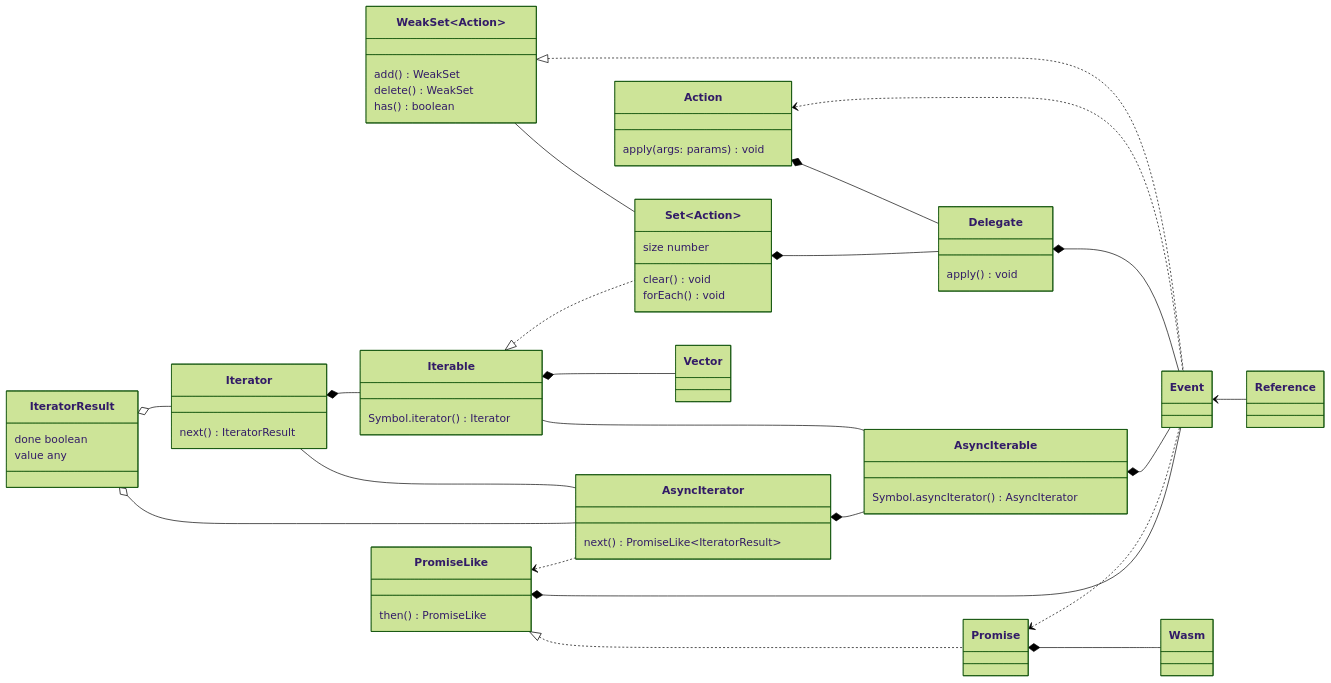
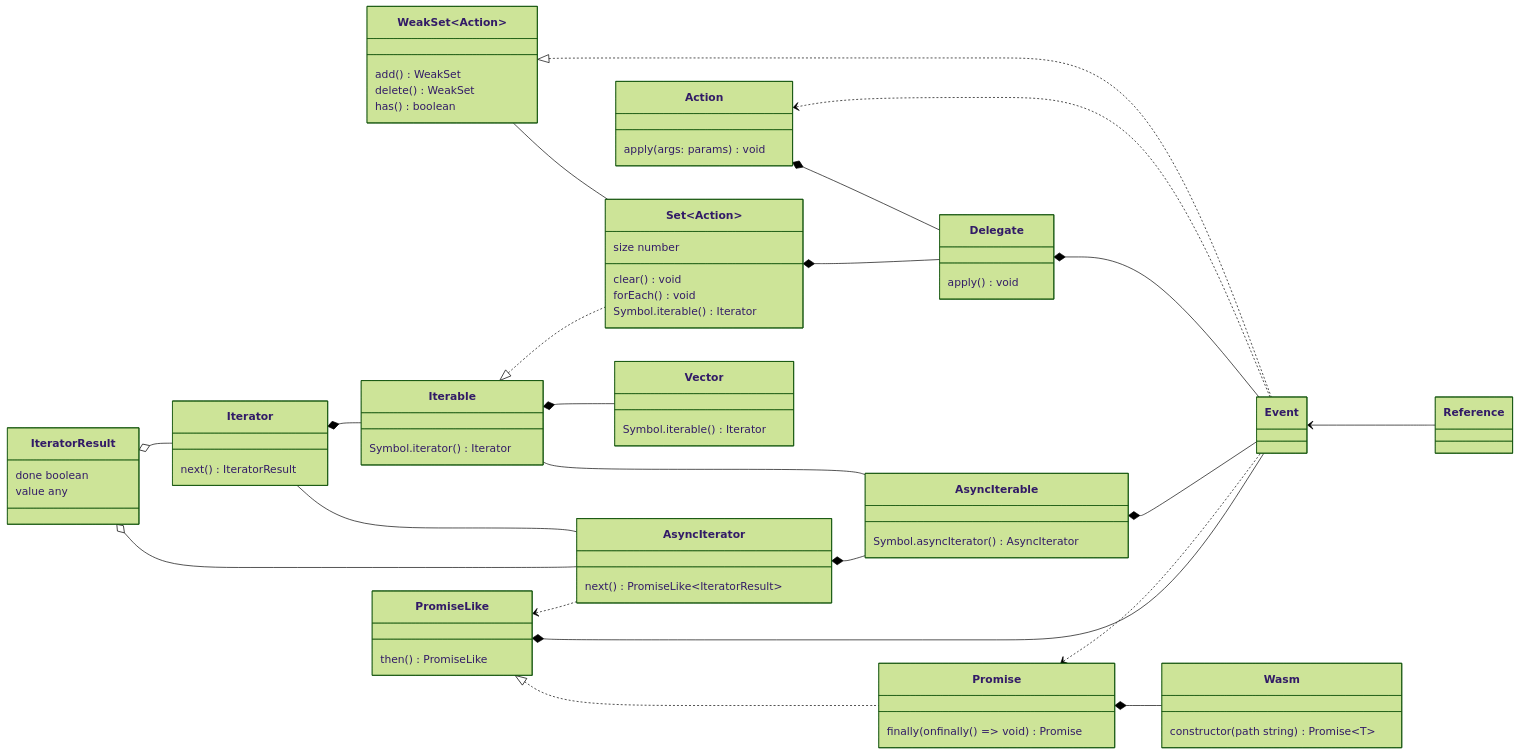
The sixth of 6 diagrams in README.md (domrally/peekeasy), drawn with Mermaid (forest theme) before and after one commit. The commit also changed other lines of this file, not shown here.

````diff
--- a/README.md
+++ b/README.md
@@ -245,65 +245,74 @@
 ```mermaid
 classDiagram
     direction LR
     PromiseLike <|.. Promise
     PromiseLike *-- Event
-	 Promise *-- Wasm
+    Promise *-- Wasm
     Promise <.. Event
     PromiseLike <.. AsyncIterator
     IteratorResult o-- AsyncIterator
     Iterator -- AsyncIterator
     AsyncIterator *-- AsyncIterable
     Iterable -- AsyncIterable
     AsyncIterable *-- Event
     IteratorResult o-- Iterator
     Iterator *-- Iterable
     Iterable <|.. Set~Action~
     Delegate *-- Event
     Action <.. Event
     Set~Action~ *-- Delegate
     Action *-- Delegate
     WeakSet~Action~ -- Set~Action~
     WeakSet~Action~ <|.. Event
     Event <-- Reference
     Iterable *-- Vector
     class IteratorResult {
         done boolean
         value any
     }
     class AsyncIterable {
         Symbol.asyncIterator() AsyncIterator
     }
     class Iterable {
         Symbol.iterator() Iterator
     }
     class Iterator {
         next() IteratorResult
     }
     class AsyncIterator {
         next() PromiseLike~IteratorResult~
     }
     class PromiseLike {
         then() PromiseLike
     }
+    class Promise {
+        finally(onfinally () => void) Promise
+    }
+    class Wasm~T~ {
+        constructor(path string) Promise~T~
+    }
     class WeakSet {
         add() WeakSet
         delete() WeakSet
         has() boolean
     }
     class Set {
         size number
         clear() void
         forEach() void
+        Symbol.iterable() Iterator
     }
     class Action {
         apply(args: params) void
     }
     class Delegate {
         apply() void
     }
     link Delegate "https://github.com/domrally/peekeasy/blob/main/src/delegate.ts" "delegate.ts"
     class Event
     link Event "https://github.com/domrally/peekeasy/blob/main/src/event.ts" "event.ts"
-    class Vector
+    class Vector {
+        Symbol.iterable() Iterator
+    }
     link Vector "https://github.com/domrally/peekeasy/blob/main/src/vector.ts" "vector.ts"
 ```
````
